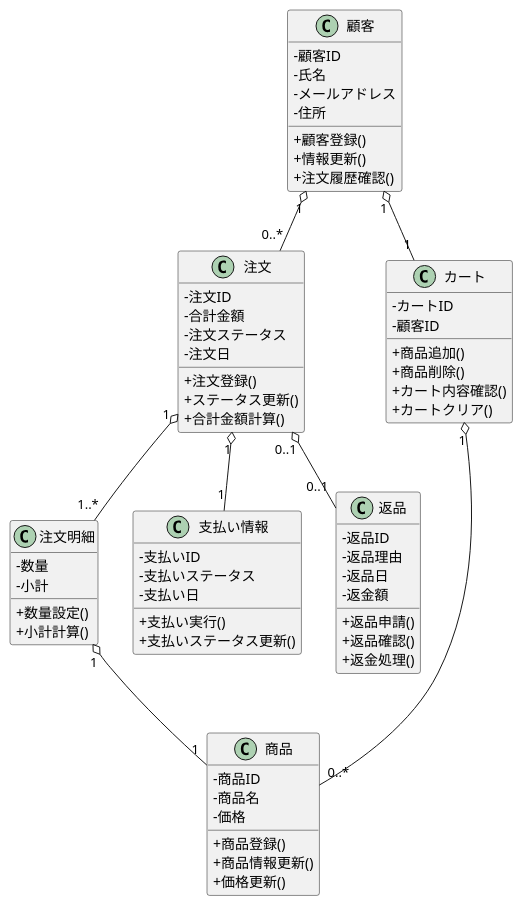
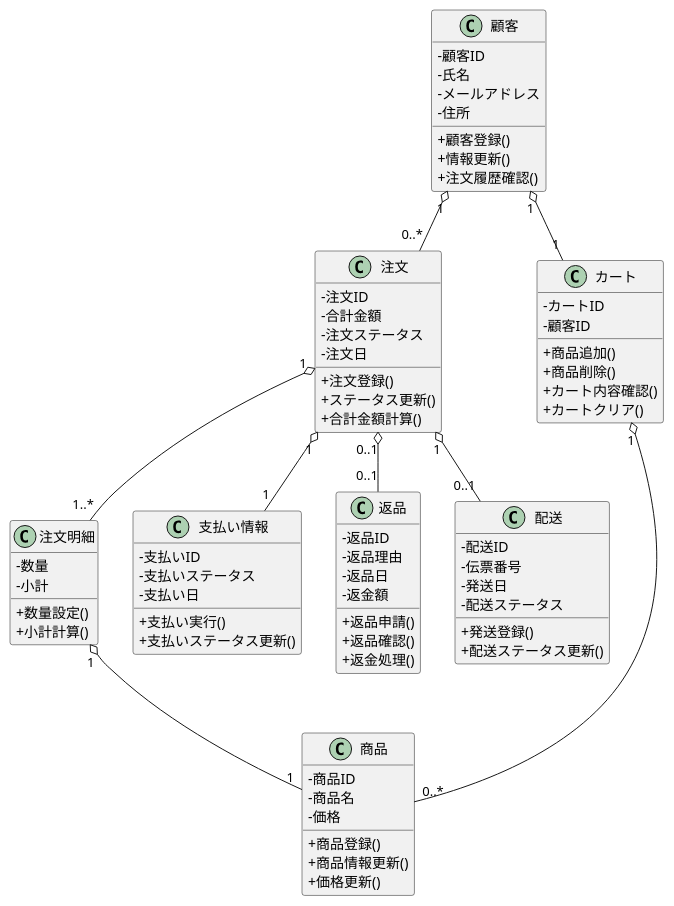
Before and after one commit to amaneko0608/ohara_uml: the diagram in group/BB/BBclass.pu, drawn with PlantUML. The commit also changed 5 other files, not shown here.

```diff
--- a/group/BB/BBclass.pu
+++ b/group/BB/BBclass.pu
@@ -1,82 +1,93 @@
 @startuml
 skinparam classAttributeIconSize 0
 
 ' 顧客クラス
 class 顧客 {
   - 顧客ID
   - 氏名
   - メールアドレス
   - 住所
   + 顧客登録()
   + 情報更新()
   + 注文履歴確認()
 }
 
 ' 商品クラス
 class 商品 {
   - 商品ID
   - 商品名
   - 価格
   + 商品登録()
   + 商品情報更新()
   + 価格更新()
 }
 
 ' 注文明細クラス
 class 注文明細 {
   - 数量
   - 小計
   + 数量設定()
   + 小計計算()
 }
 
 ' 注文クラス
 class 注文 {
   - 注文ID
   - 合計金額
   - 注文ステータス
   - 注文日
   + 注文登録()
   + ステータス更新()
   + 合計金額計算()
 }
 
 ' 支払い情報クラス
 class 支払い情報 {
   - 支払いID
   - 支払いステータス
   - 支払い日
   + 支払い実行()
   + 支払いステータス更新()
 }
 
 ' 返品クラス
 class 返品 {
   - 返品ID
   - 返品理由
   - 返品日
   - 返金額
   + 返品申請()
   + 返品確認()
   + 返金処理()
 }
 
+' 配送クラス
+class 配送 {
+  - 配送ID
+  - 伝票番号
+  - 発送日
+  - 配送ステータス
+  + 発送登録()
+  + 配送ステータス更新()
+}
+
 class カート {
   -カートID
   -顧客ID
   +商品追加()
   +商品削除()
   +カート内容確認()
   +カートクリア()
 }
 
 ' 関係
 顧客 "1" o-- "0..*" 注文
 顧客 "1" o-- "1" カート
 カート "1" o-- "0..*" 商品
 注文 "1" o-- "1..*" 注文明細
 注文明細 "1" o-- "1" 商品
 注文 "1" o-- "1" 支払い情報
 注文 "0..1" o-- "0..1" 返品
+注文 "1" o-- "0..1" 配送
 
 @enduml
```
